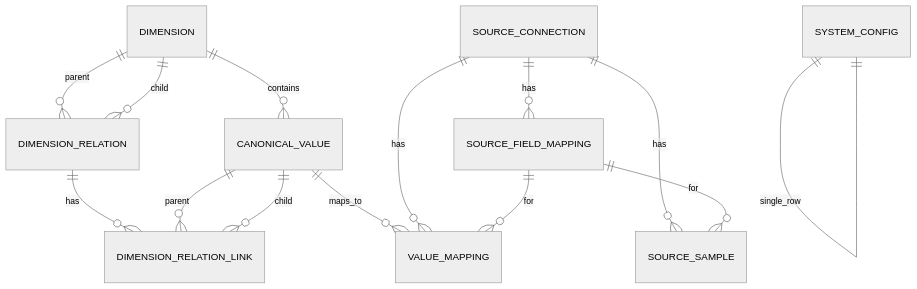
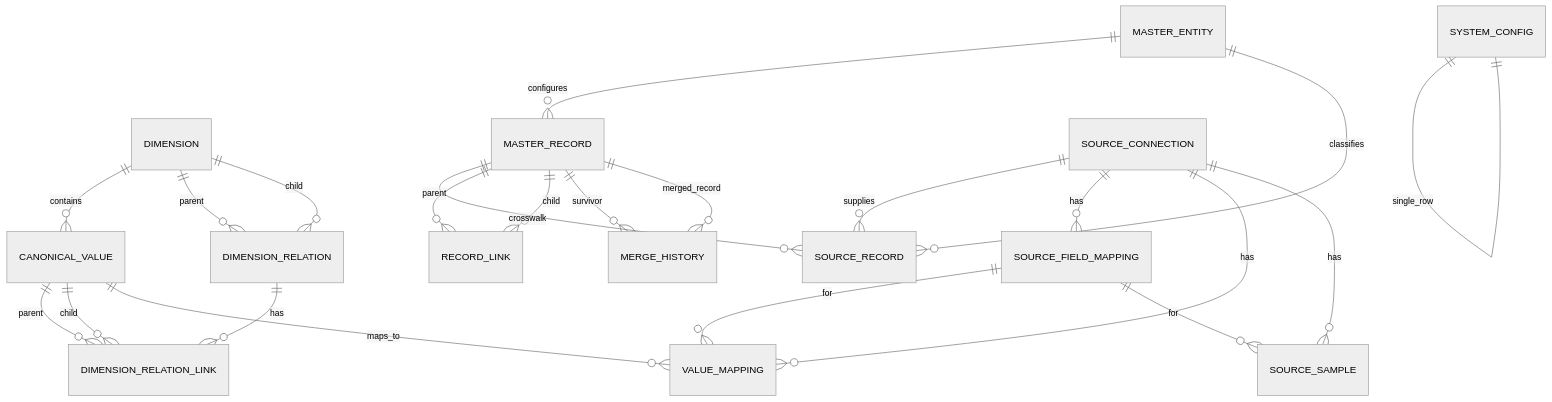
Before and after one commit to rezer-bleede/refdata-hub: the diagram in docs/database-schema.md, drawn with Mermaid (neutral theme). The commit also changed other lines of this file and 42 other files, not shown here.

````diff
--- a/docs/database-schema.md
+++ b/docs/database-schema.md
@@ -7,16 +7,24 @@
 ```mermaid
 erDiagram
     DIMENSION ||--o{ CANONICAL_VALUE : contains
     DIMENSION ||--o{ DIMENSION_RELATION : parent
     DIMENSION ||--o{ DIMENSION_RELATION : child
     DIMENSION_RELATION ||--o{ DIMENSION_RELATION_LINK : has
     CANONICAL_VALUE ||--o{ DIMENSION_RELATION_LINK : parent
     CANONICAL_VALUE ||--o{ DIMENSION_RELATION_LINK : child
     CANONICAL_VALUE ||--o{ VALUE_MAPPING : maps_to
+    MASTER_ENTITY ||--o{ MASTER_RECORD : configures
+    MASTER_ENTITY ||--o{ SOURCE_RECORD : classifies
+    SOURCE_CONNECTION ||--o{ SOURCE_RECORD : supplies
+    MASTER_RECORD ||--o{ SOURCE_RECORD : crosswalk
+    MASTER_RECORD ||--o{ RECORD_LINK : parent
+    MASTER_RECORD ||--o{ RECORD_LINK : child
+    MASTER_RECORD ||--o{ MERGE_HISTORY : survivor
+    MASTER_RECORD ||--o{ MERGE_HISTORY : merged_record
     SOURCE_CONNECTION ||--o{ SOURCE_FIELD_MAPPING : has
     SOURCE_CONNECTION ||--o{ VALUE_MAPPING : has
     SOURCE_CONNECTION ||--o{ SOURCE_SAMPLE : has
     SOURCE_FIELD_MAPPING ||--o{ VALUE_MAPPING : for
     SOURCE_FIELD_MAPPING ||--o{ SOURCE_SAMPLE : for
     SYSTEM_CONFIG ||--|| SYSTEM_CONFIG : single_row
 ```
````
